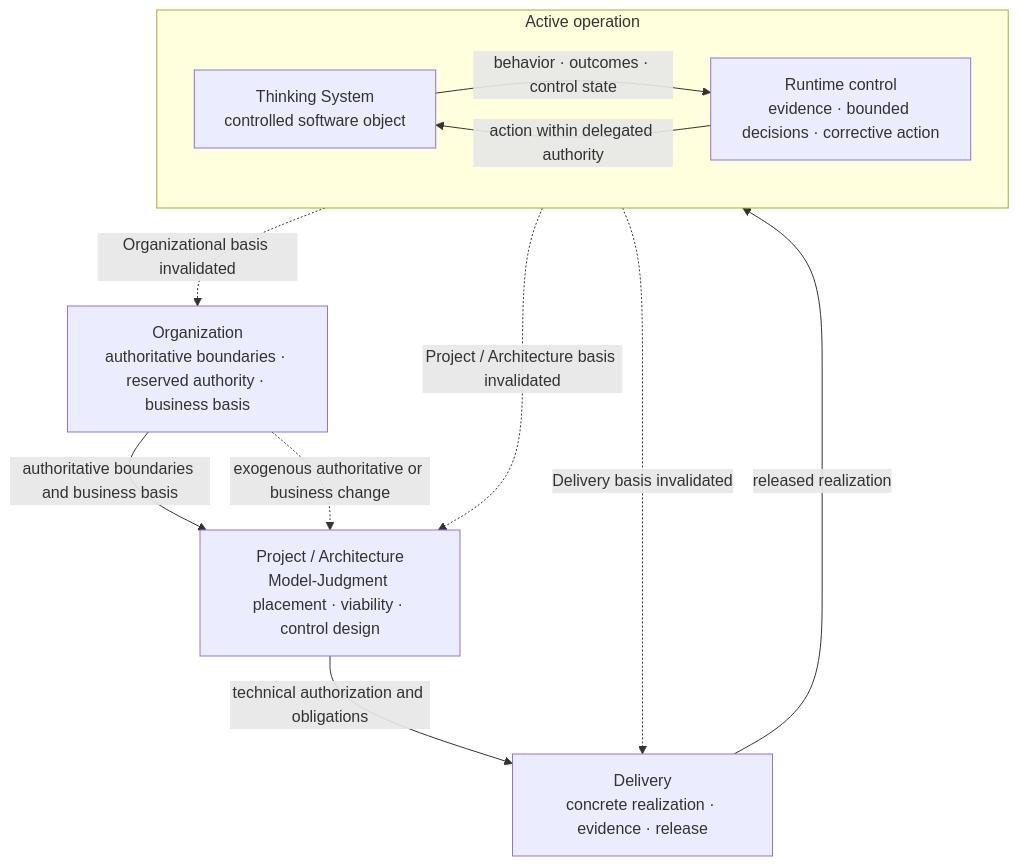
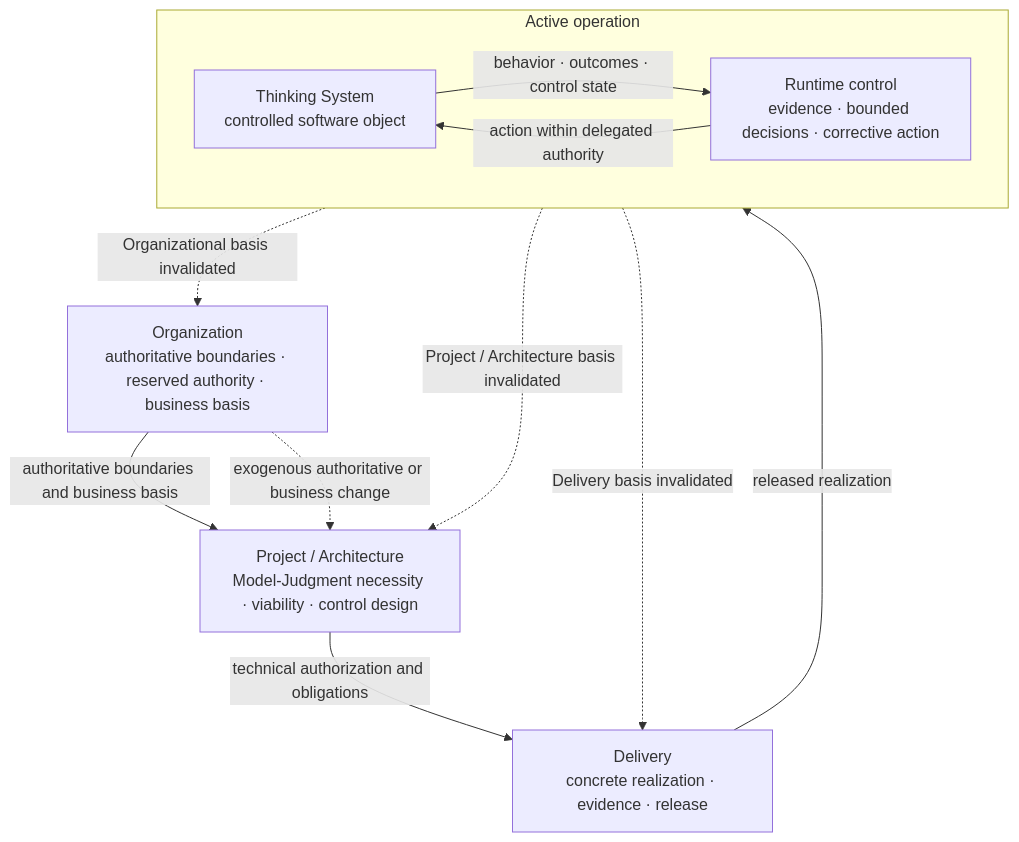
Before and after one commit to UncertaintyArchitectureGroup/uncertainty-architecture: the seventh of 7 diagrams in content/research/notes/thinking-systems-publication-draft.md, drawn with Mermaid. The commit also changed other lines of this file, not shown here.

````diff
--- a/content/research/notes/thinking-systems-publication-draft.md
+++ b/content/research/notes/thinking-systems-publication-draft.md
@@ -356,24 +331,24 @@
 ```mermaid
 flowchart TB
     O["Organization<br/>authoritative boundaries · reserved authority · business basis"]
-    P["Project / Architecture<br/>Model-Judgment placement · viability · control design"]
+    P["Project / Architecture<br/>Model-Judgment necessity · viability · control design"]
     D["Delivery<br/>concrete realization · evidence · release"]
 
     subgraph ACTIVE["Active operation"]
         direction LR
         T["Thinking System<br/>controlled software object"]
         R["Runtime control<br/>evidence · bounded decisions · corrective action"]
         T -->|behavior · outcomes · control state| R
         R -->|action within delegated authority| T
     end
 
     O -->|authoritative boundaries and business basis| P
     P -->|technical authorization and obligations| D
     D -->|released realization| T
 
     R -. Delivery basis invalidated .-> D
     R -. Project / Architecture basis invalidated .-> P
     R -. Organizational basis invalidated .-> O
 
     O -. exogenous authoritative or business change .-> P
 ```
````
